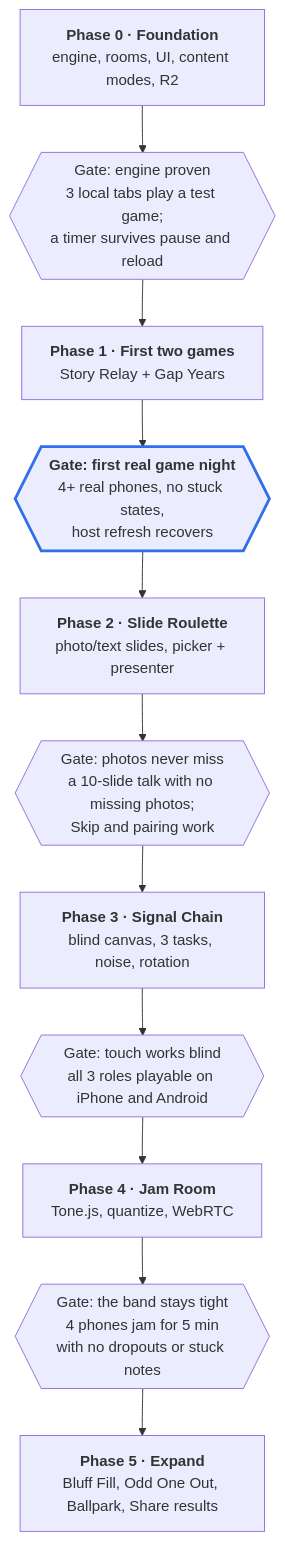
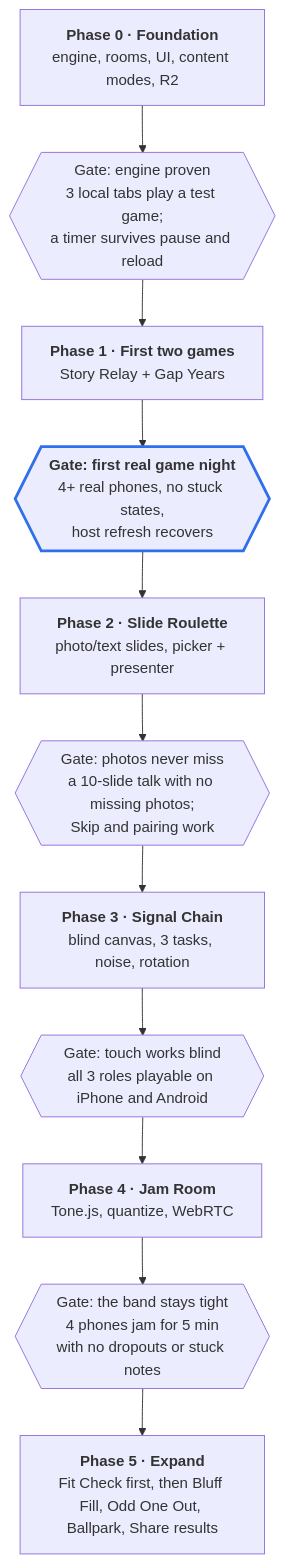
Before and after one commit to HagOrMan/Game-Night: the diagram in docs/IMPLEMENTATION_PLAN.md, drawn with Mermaid. The commit also changed other lines of this file and 9 other files, not shown here.

Commit message:
feat: align game specs and add new fit check game

````diff
--- a/docs/IMPLEMENTATION_PLAN.md
+++ b/docs/IMPLEMENTATION_PLAN.md
@@ -11,17 +11,17 @@
 ```mermaid
 flowchart TB
   P0["<b>Phase 0 · Foundation</b><br/>engine, rooms, UI, content modes, R2"]
   G0{{"Gate: engine proven<br/>3 local tabs play a test game;<br/>a timer survives pause and reload"}}
   P1["<b>Phase 1 · First two games</b><br/>Story Relay + Gap Years"]
   G1{{"<b>Gate: first real game night</b><br/>4+ real phones, no stuck states,<br/>host refresh recovers"}}
   P2["<b>Phase 2 · Slide Roulette</b><br/>photo/text slides, picker + presenter"]
   G2{{"Gate: photos never miss<br/>a 10-slide talk with no missing photos;<br/>Skip and pairing work"}}
   P3["<b>Phase 3 · Signal Chain</b><br/>blind canvas, 3 tasks, noise, rotation"]
   G3{{"Gate: touch works blind<br/>all 3 roles playable on iPhone and Android"}}
   P4["<b>Phase 4 · Jam Room</b><br/>Tone.js, quantize, WebRTC"]
   G4{{"Gate: the band stays tight<br/>4 phones jam for 5 min<br/>with no dropouts or stuck notes"}}
-  P5["<b>Phase 5 · Expand</b><br/>Bluff Fill, Odd One Out, Ballpark, Share results"]
+  P5["<b>Phase 5 · Expand</b><br/>Fit Check first, then Bluff Fill, Odd One Out, Ballpark, Share results"]
 
   P0 --> G0 --> P1 --> G1 --> P2 --> G2 --> P3 --> G3 --> P4 --> G4 --> P5
   style G1 stroke:#2F6FEB,stroke-width:3px
 ```
````
